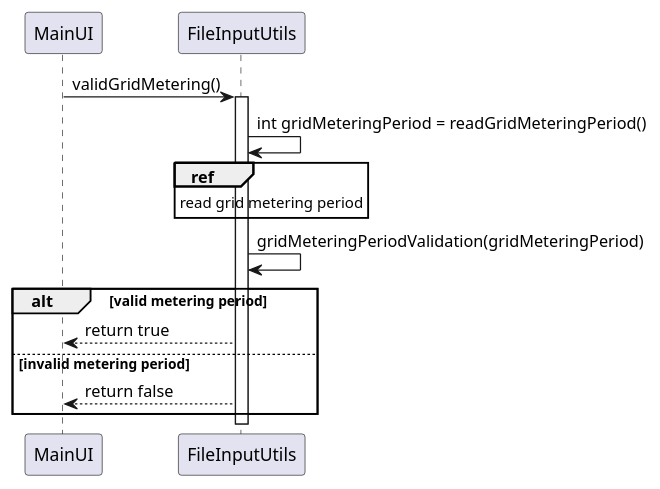
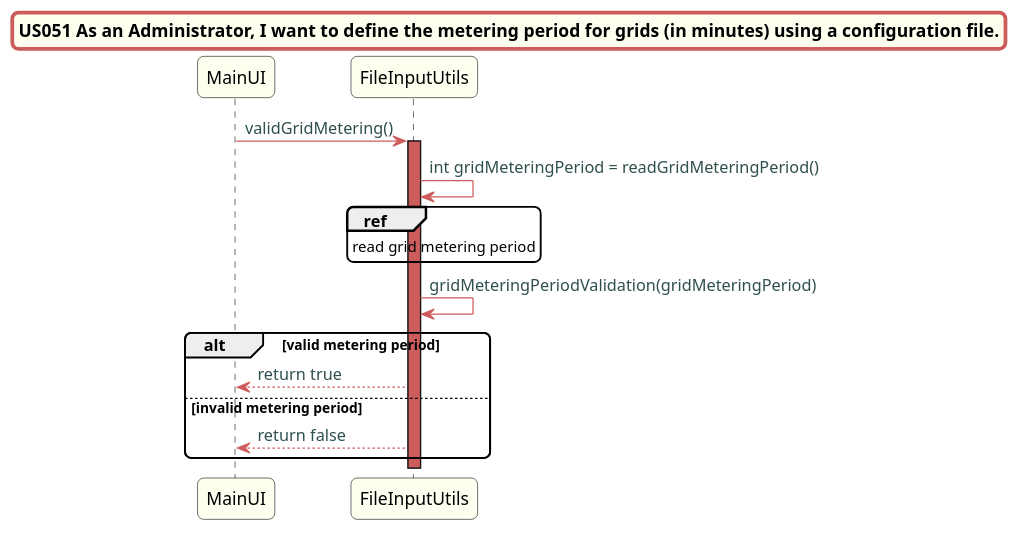
Before and after one commit to Almadanmp/project: the diagram in uml/US51/US51_FileInputUtils.puml, drawn with PlantUML. The commit also changed 18 other files, not shown here.

Commit message:
UML format changes

```diff
--- a/uml/US51/US51_FileInputUtils.puml
+++ b/uml/US51/US51_FileInputUtils.puml
@@ -3,18 +1,42 @@
 @startuml
+title US051 As an Administrator, I want to define the metering period for grids (in minutes) using a configuration file.
+skinparam titleBorderRoundCorner 10
+skinparam titleBorderThickness 3
+skinparam titleBorderColor indianred
+skinparam titleBackgroundColor ivory
+skinparam FontName quicksand
+
+skinparam actor {
+ 	BorderColor indianred
+ 	}
+
+ skinparam sequence {
+ 	LifeLineBackgroundColor indianred
+ 	ParticipantBackgroundColor ivory
+ }
+
+ skinparam roundcorner 10
+
+ skinparam component {
+   arrowThickness 1
+   ArrowFontName Verdana
+   ArrowColor indianred
+   ArrowFontColor darkslategrey
+ }
 MainUI -> FileInputUtils: validGridMetering()
 activate FileInputUtils
 
 FileInputUtils -> FileInputUtils: int gridMeteringPeriod = readGridMeteringPeriod()
 ref over FileInputUtils
 read grid metering period
 end ref
 FileInputUtils -> FileInputUtils: gridMeteringPeriodValidation(gridMeteringPeriod)
 
 alt valid metering period
 FileInputUtils --> MainUI: return true
 
 else invalid metering period
 FileInputUtils --> MainUI: return false
 
 end
 @enduml
```
